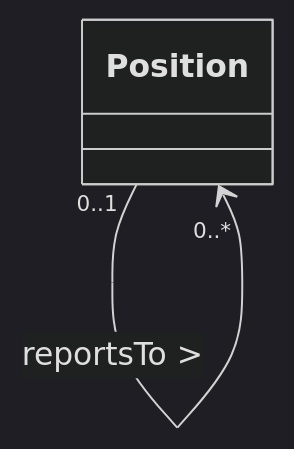
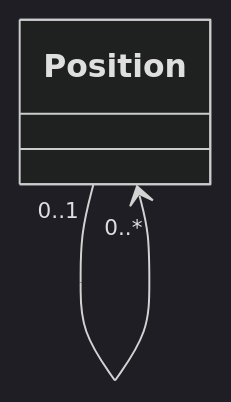
The second of 3 diagrams in lab2/Assignment1.md (leone2016/MPP_ASSIGNMENTS), drawn with Mermaid (dark theme) before and after one commit.

Commit message:
feat(lab2): end activity 3 test

````diff
--- a/lab2/Assignment1.md
+++ b/lab2/Assignment1.md
@@ -83,7 +83,7 @@
    ```mermaid
    classDiagram
    
      %% Self-association: one position reports to another
-     Position "0..1" --> "0..*" Position : reportsTo >
+     Position "0..1" --> "0..*" Position
    
    ```
````
